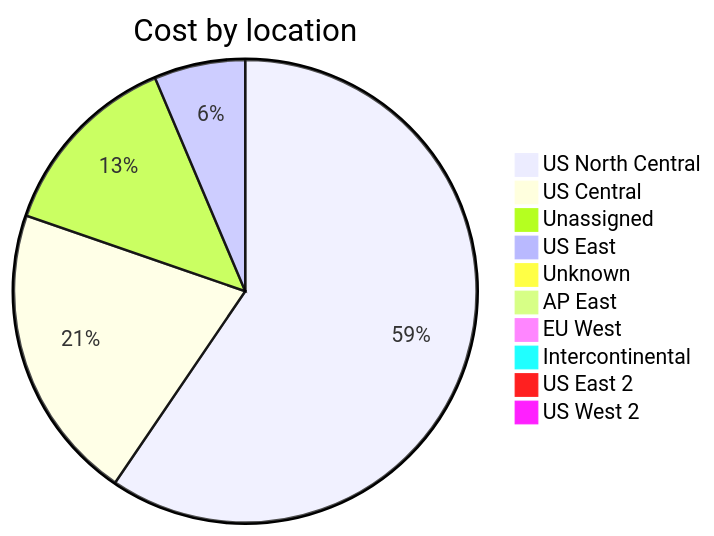
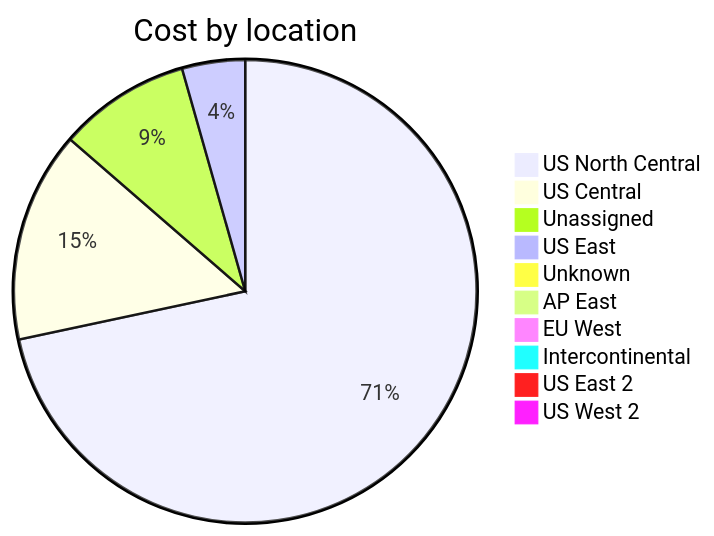
One commit to jpfulton/azure-personal-reports changed the third of 4 diagrams in cost-reports/accumulated-cost.md. Above: the diagram before and after it, drawn with Mermaid. The commit also changed other lines of this file and 2 other files, not shown here.

````diff
--- a/cost-reports/accumulated-cost.md
+++ b/cost-reports/accumulated-cost.md
@@ -132,14 +132,14 @@
 ```mermaid
 pie
    title Cost by location
-   "US North Central" : 51.48
-   "US Central" : 17.99
-   "Unassigned" : 11.54
-   "US East" : 5.51
-   "Unknown" : 0.59
+   "US North Central" : 89.84
+   "US Central" : 18.46
+   "Unassigned" : 11.57
+   "US East" : 5.52
+   "Unknown" : 0.63
    "AP East" : 0.00
    "EU West" : 0.00
    "Intercontinental" : 0.00
    "US East 2" : 0.00
    "US West 2" : 0.00
 ```
````
